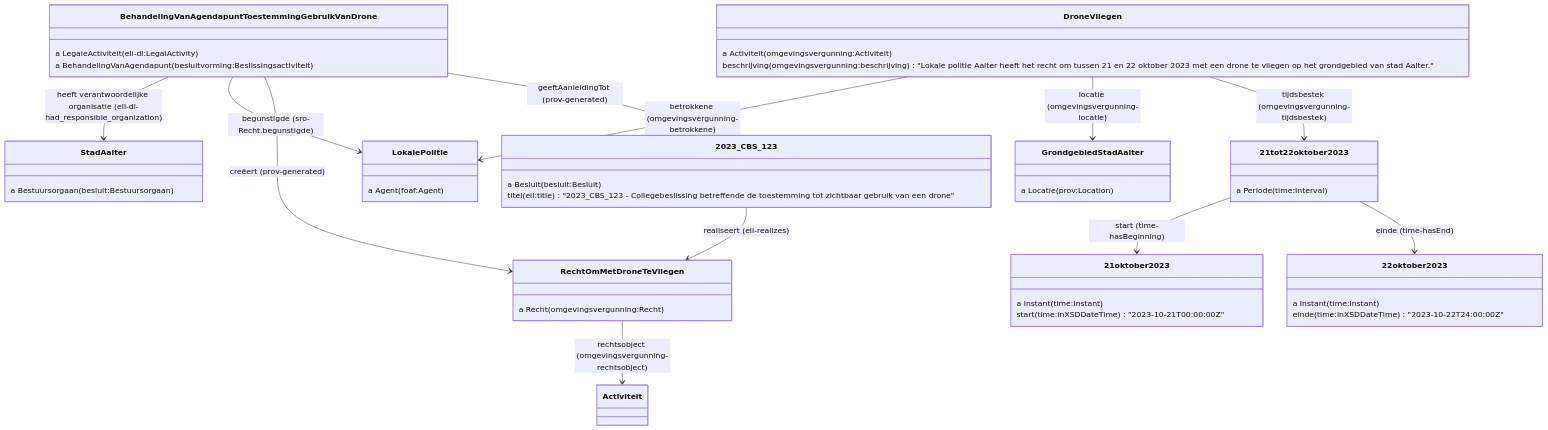
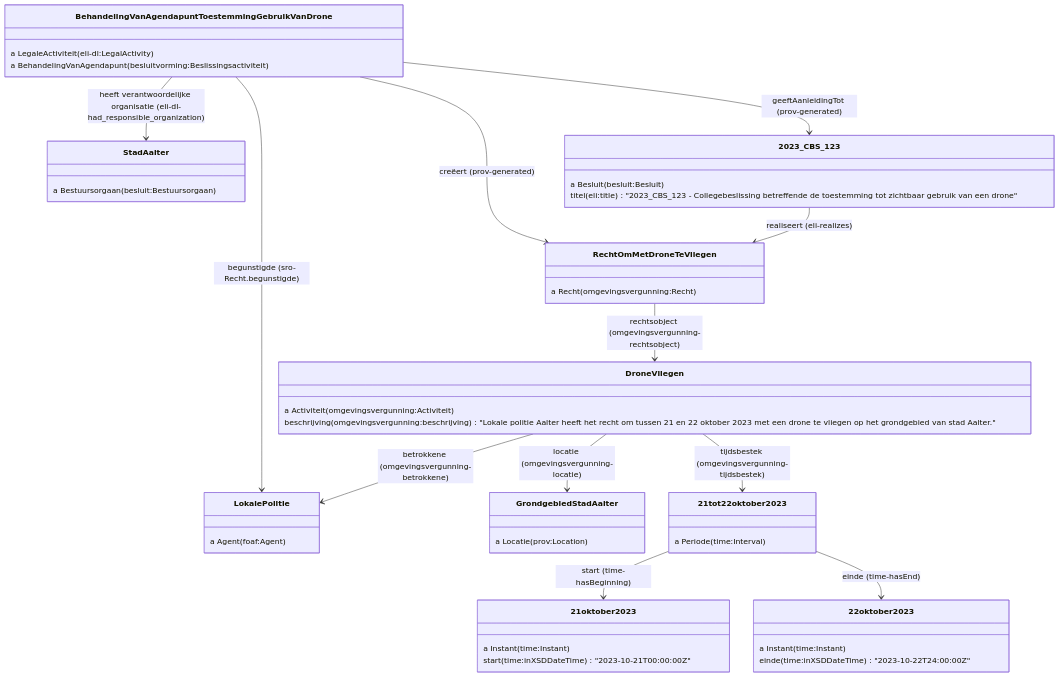
One commit to Informatievlaanderen/OSLOthema-slimmeRaadpleegOmgeving changed diagram 11 of 15 in README.md. Above: the diagram before and after it, drawn with Mermaid.

````diff
--- a/README.md
+++ b/README.md
@@ -426,61 +426,61 @@
 ```mermaid
 classDiagram
 BehandelingVanAgendapuntToestemmingGebruikVanDrone --> StadAalter: heeft verantwoordelijke organisatie (eli-dl-had_responsible_organization)
 BehandelingVanAgendapuntToestemmingGebruikVanDrone --> LokalePolitie: begunstigde (sro-Recht.begunstigde)
 BehandelingVanAgendapuntToestemmingGebruikVanDrone --> RechtOmMetDroneTeVliegen: creëert (prov-generated)
 BehandelingVanAgendapuntToestemmingGebruikVanDrone --> 2023_CBS_123: geeftAanleidingTot (prov-generated)
 
 class BehandelingVanAgendapuntToestemmingGebruikVanDrone {
  a LegaleActiviteit (eli-dl:LegalActivity)
  a BehandelingVanAgendapunt (besluitvorming:Beslissingsactiviteit)
 }
 
 class RechtOmMetDroneTeVliegen {
  a Recht (omgevingsvergunning:Recht)
 }
 
 class StadAalter {
  a Bestuursorgaan (besluit:Bestuursorgaan)
 }
 
 class LokalePolitie {
  a Agent (foaf:Agent)
 }
 
 class DroneVliegen {
  a Activiteit (omgevingsvergunning:Activiteit)
  beschrijving (omgevingsvergunning:beschrijving) "Lokale politie Aalter heeft het recht om tussen 21 en 22 oktober 2023 met een drone te vliegen op het grondgebied van stad Aalter."
 }
 
 2023_CBS_123 --> RechtOmMetDroneTeVliegen: realiseert (eli-realizes)
 
-RechtOmMetDroneTeVliegen --> Activiteit: rechtsobject (omgevingsvergunning-rechtsobject)
+RechtOmMetDroneTeVliegen --> DroneVliegen: rechtsobject (omgevingsvergunning-rechtsobject)
 DroneVliegen --> LokalePolitie: betrokkene (omgevingsvergunning-betrokkene)
 DroneVliegen --> GrondgebiedStadAalter: locatie (omgevingsvergunning-locatie)
 DroneVliegen --> 21tot22oktober2023: tijdsbestek (omgevingsvergunning-tijdsbestek)
 
 class 2023_CBS_123 {
  a Besluit (besluit:Besluit)
  titel (eli:title) "2023_CBS_123 - Collegebeslissing betreffende de toestemming tot zichtbaar gebruik van een drone"
 }
 
 class GrondgebiedStadAalter {
   a Locatie (prov:Location)
 }
 
 class 21tot22oktober2023 {
  a Periode (time:Interval)
 }
 
 class 21oktober2023 {
  a Instant (time:Instant)
  start (time:inXSDDateTime) "2023-10-21T00:00:00Z"
 }
 
 class 22oktober2023 {
  a Instant (time:Instant)
  einde (time:inXSDDateTime) "2023-10-22T24:00:00Z"
 }
 21tot22oktober2023 --> 21oktober2023: start (time-hasBeginning)
 21tot22oktober2023 --> 22oktober2023: einde (time-hasEnd)
 ```
````
